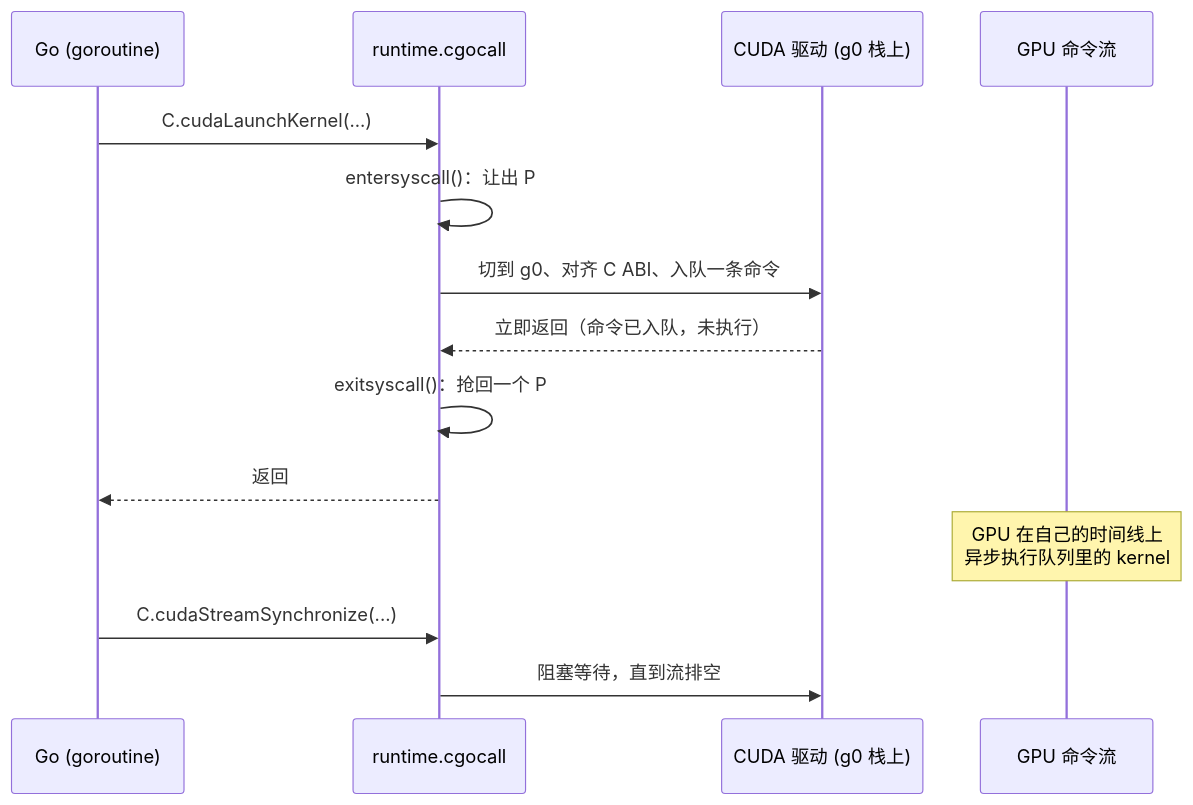
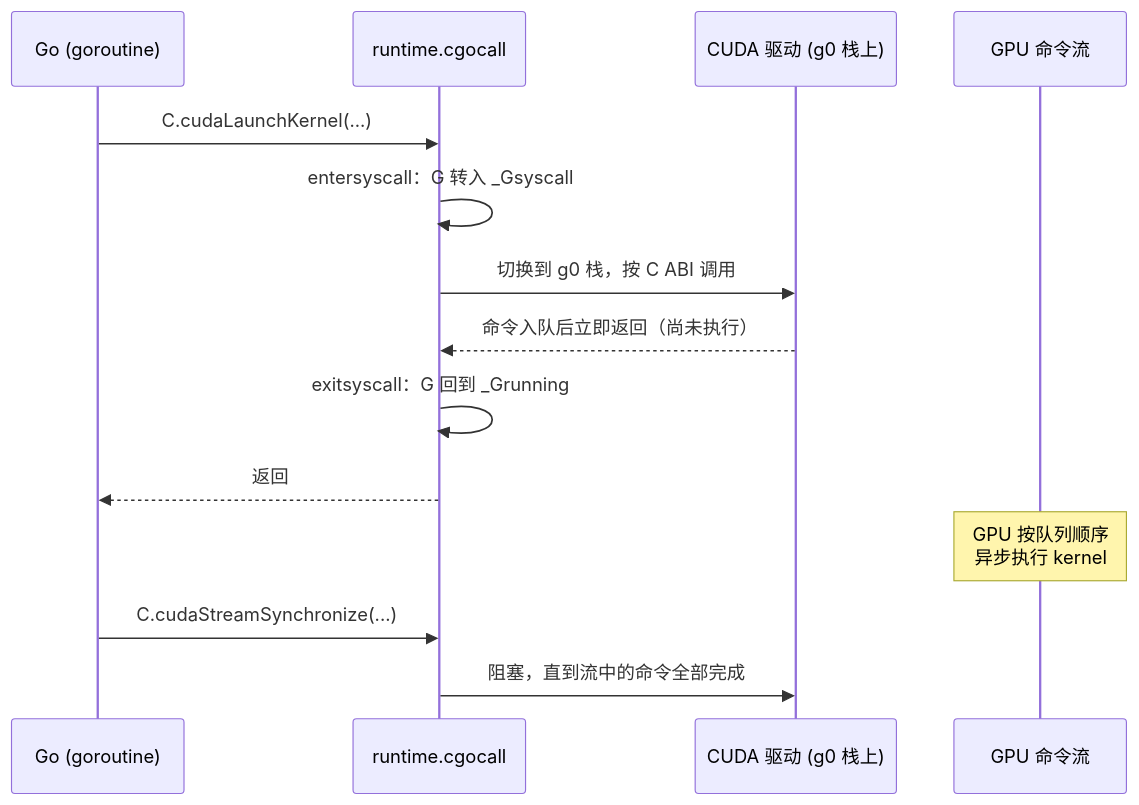
Before and after one commit to golang-design/under-the-hood: the first of 3 diagrams in book/zh-cn/part6hetero/ch18gpu/boundary.md, drawn with Mermaid. The commit also changed other lines of this file and 4 other files, not shown here.

````diff
--- a/book/zh-cn/part6hetero/ch18gpu/boundary.md
+++ b/book/zh-cn/part6hetero/ch18gpu/boundary.md
@@ -31,16 +41,16 @@
 ```mermaid
 sequenceDiagram
     participant Go as Go (goroutine)
     participant RT as runtime.cgocall
     participant DRV as CUDA 驱动 (g0 栈上)
     participant GPU as GPU 命令流
     Go->>RT: C.cudaLaunchKernel(...)
-    RT->>RT: entersyscall()：让出 P
-    RT->>DRV: 切到 g0、对齐 C ABI、入队一条命令
-    DRV-->>RT: 立即返回（命令已入队，未执行）
-    RT->>RT: exitsyscall()：抢回一个 P
+    RT->>RT: entersyscall：G 转入 _Gsyscall
+    RT->>DRV: 切换到 g0 栈，按 C ABI 调用
+    DRV-->>RT: 命令入队后立即返回（尚未执行）
+    RT->>RT: exitsyscall：G 回到 _Grunning
     RT-->>Go: 返回
-    Note over GPU: GPU 在自己的时间线上<br/>异步执行队列里的 kernel
+    Note over GPU: GPU 按队列顺序<br/>异步执行 kernel
     Go->>RT: C.cudaStreamSynchronize(...)
-    RT->>DRV: 阻塞等待，直到流排空
+    RT->>DRV: 阻塞，直到流中的命令全部完成
 ```
````
